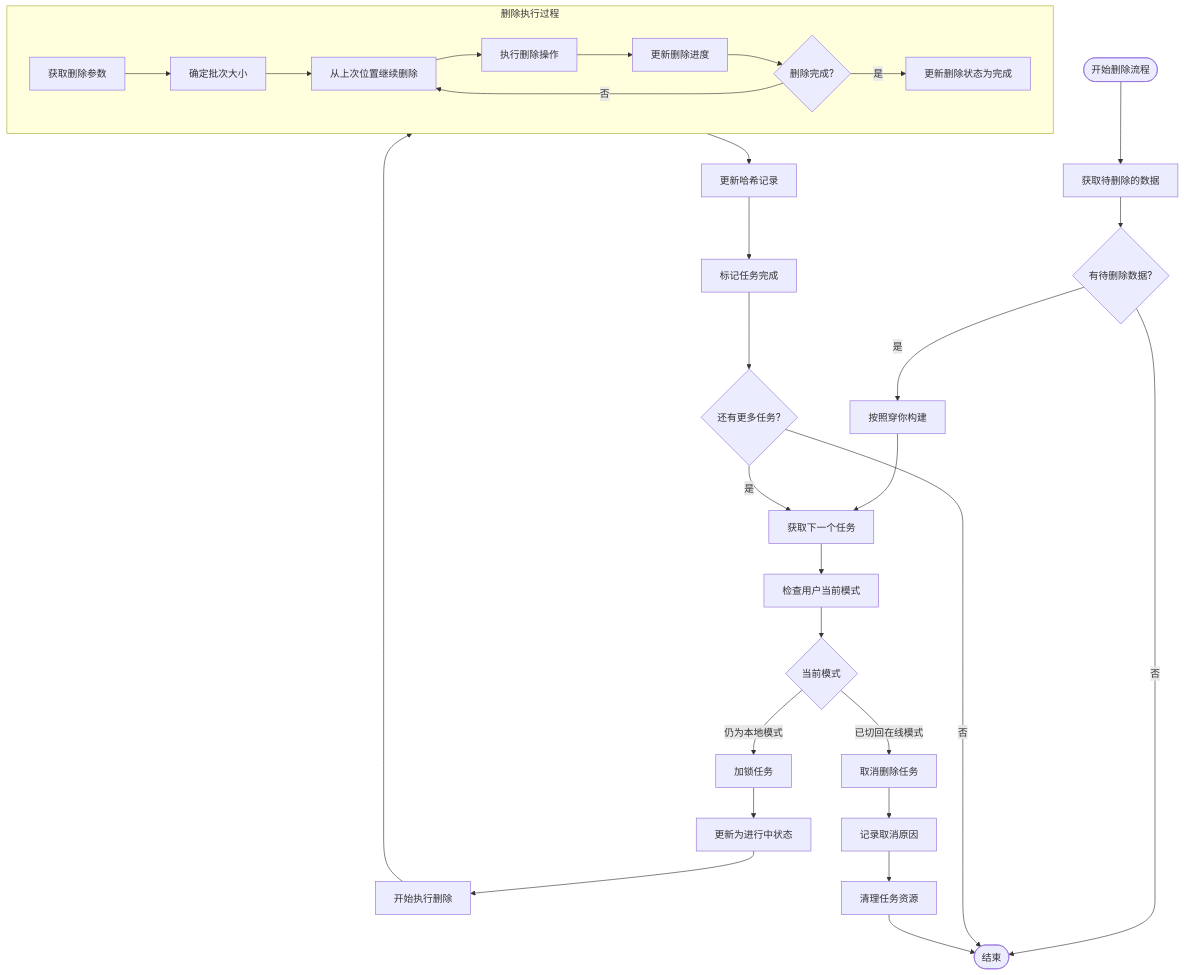
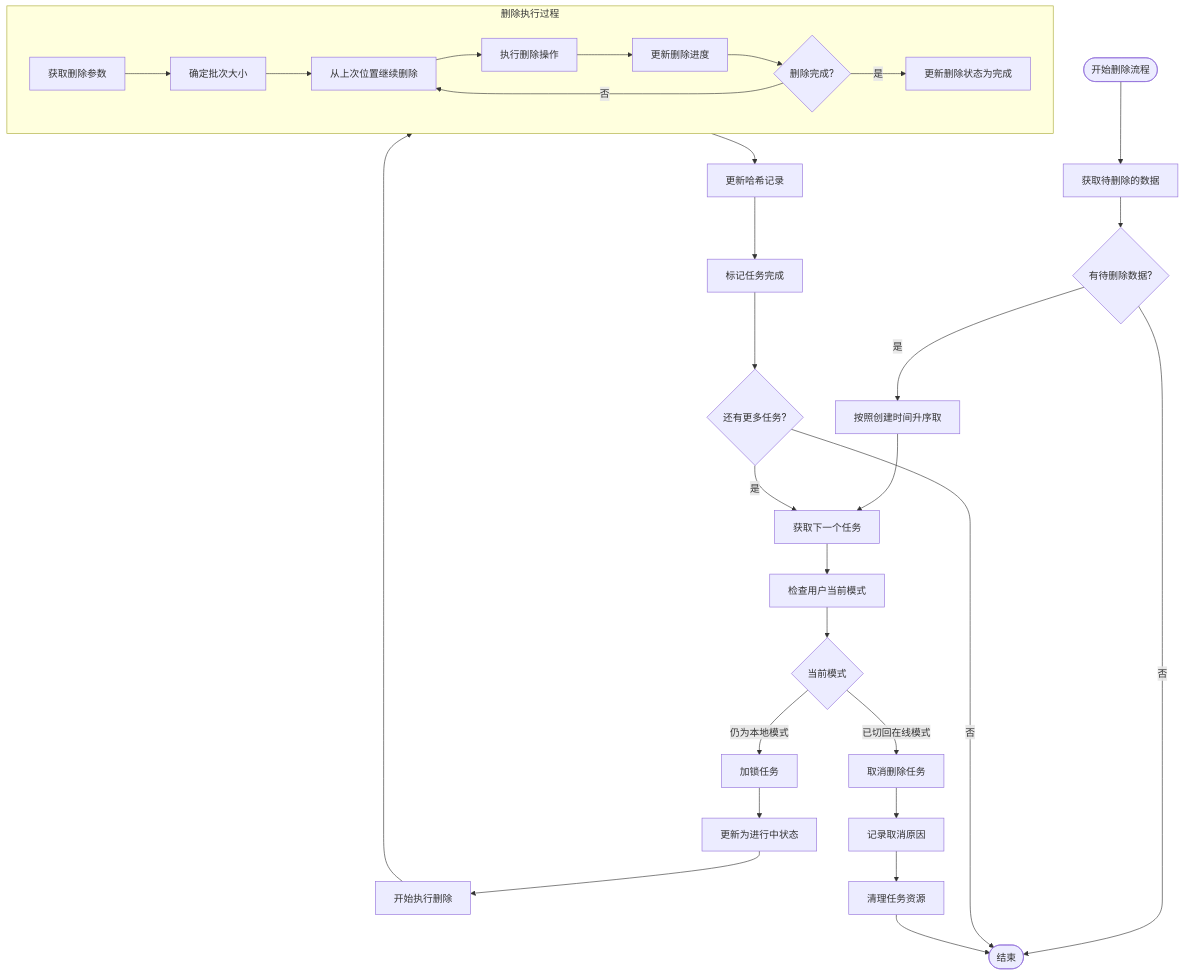
One commit to yingjianzh/iodraw-files changed the diagram in all/未命名-51.md. Above: the diagram before and after it, drawn with Mermaid.

Commit message:
2025-05-08 15:18:32 update

````diff
--- a/all/未命名-51.md
+++ b/all/未命名-51.md
@@ -1,42 +1,42 @@
 ```mermaid
 flowchart TD
     Start([开始删除流程]) --> FetchTasks[获取待删除的数据]
     FetchTasks --> HasTasks{有待删除数据?}
     
     HasTasks -->|否| End([结束])
-    HasTasks -->|是| PrioritizeTasks[按照穿你构建]
+    HasTasks -->|是| PrioritizeTasks[按照创建时间升序取]
     
     PrioritizeTasks --> GetNextTask[获取下一个任务]
     GetNextTask --> CheckUserMode[检查用户当前模式]
     
     CheckUserMode --> CurrentMode{当前模式}
     CurrentMode -->|已切回在线模式| TaskCancel[取消删除任务]
     CurrentMode -->|仍为本地模式| LockTask[加锁任务]
     
     LockTask --> UpdateStatus[更新为进行中状态]
     UpdateStatus --> BeginDeletion[开始执行删除]
     
     subgraph DeletionProcess [删除执行过程]
         A[获取删除参数] --> B[确定批次大小]
         B --> C[从上次位置继续删除]
         C --> D[执行删除操作]
         D --> E[更新删除进度]
         E --> F{删除完成?}
         F -->|否| C
         F -->|是| G[更新删除状态为完成]
     end
     
     BeginDeletion --> DeletionProcess
     
     DeletionProcess --> UpdateHashRecord[更新哈希记录]
     UpdateHashRecord --> MarkCompleted[标记任务完成]
     
     TaskCancel --> LogCancellation[记录取消原因]
     LogCancellation --> CleanupTask[清理任务资源]
     
     MarkCompleted --> CheckMoreTasks{还有更多任务?}
     CheckMoreTasks -->|是| GetNextTask
     CheckMoreTasks -->|否| End
     
     CleanupTask --> End
 ```
````
